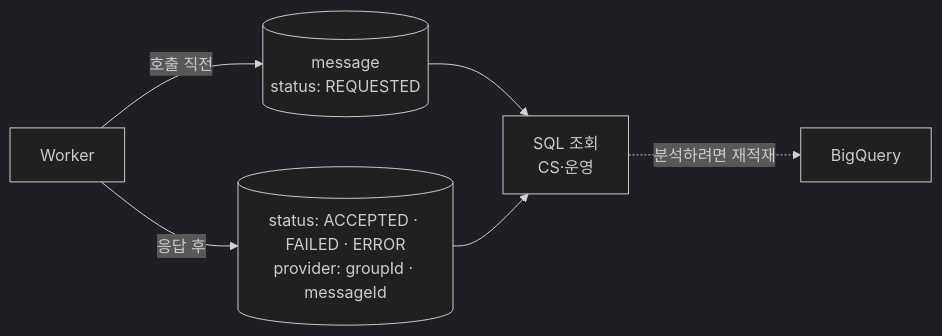
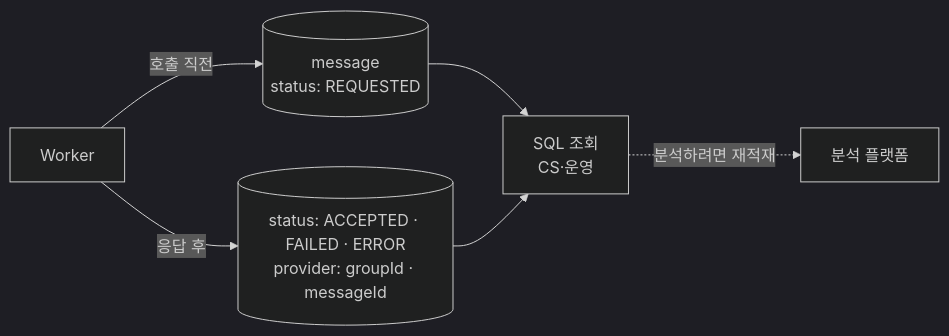
Before and after one commit to pythonstrup/myvelop: the diagram in src/content/blog/ko/22.md, drawn with Mermaid (dark theme). The commit also changed other lines of this file and 8 other files, not shown here.

```diff
--- a/src/content/blog/ko/22.md
+++ b/src/content/blog/ko/22.md
@@ -156,12 +157,12 @@
 <pre class="mermaid">
 
 flowchart LR
     accTitle: 이력 전용 관계형 DB
-    accDescr: 워커가 provider 호출 직전에 메시지 행과 REQUESTED 상태를 쓰고, 응답을 받은 뒤 마감 상태와 provider 식별자를 각각 추가한다. 분석이 필요하면 별도 파이프라인으로 BigQuery에 다시 옮겨야 한다.
+    accDescr: 워커가 provider 호출 직전에 메시지 행과 REQUESTED 상태를 쓰고, 응답을 받은 뒤 마감 상태와 provider 식별자를 각각 추가한다. 분석이 필요하면 별도 파이프라인으로 분석 플랫폼에 다시 옮겨야 한다.
     W["Worker"] --&gt;|"호출 직전"| M[("message<br/>status: REQUESTED")]
     W --&gt;|"응답 후"| S[("status: ACCEPTED · FAILED · ERROR<br/>provider: groupId · messageId")]
     M --&gt; SQL["SQL 조회<br/>CS·운영"]
     S --&gt; SQL
-    SQL -. "분석하려면 재적재" .-&gt; BQ["BigQuery"]
+    SQL -. "분석하려면 재적재" .-&gt; AP["분석 플랫폼"]
 
 </pre>
```
